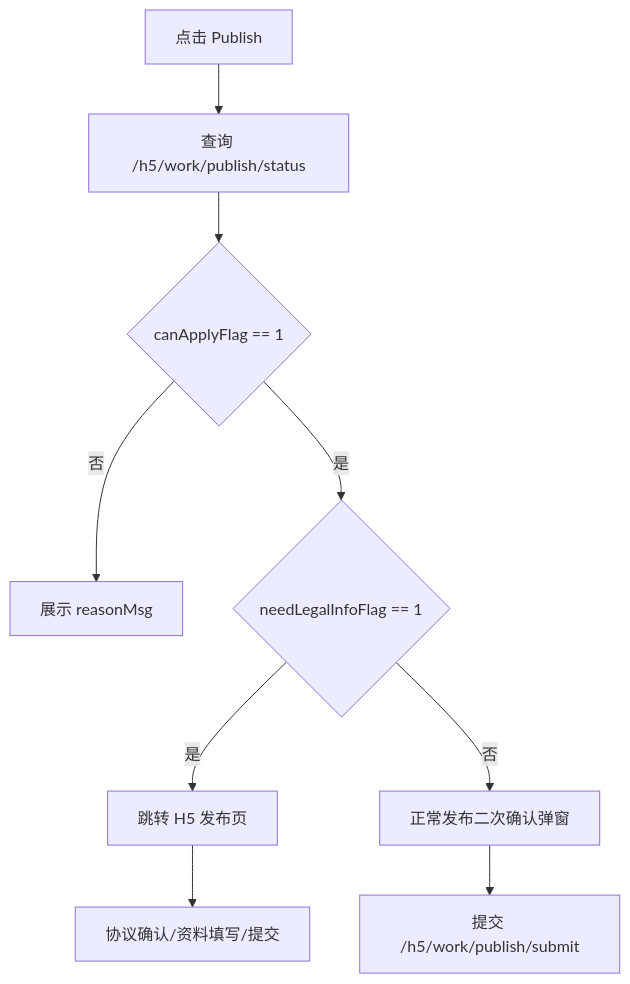
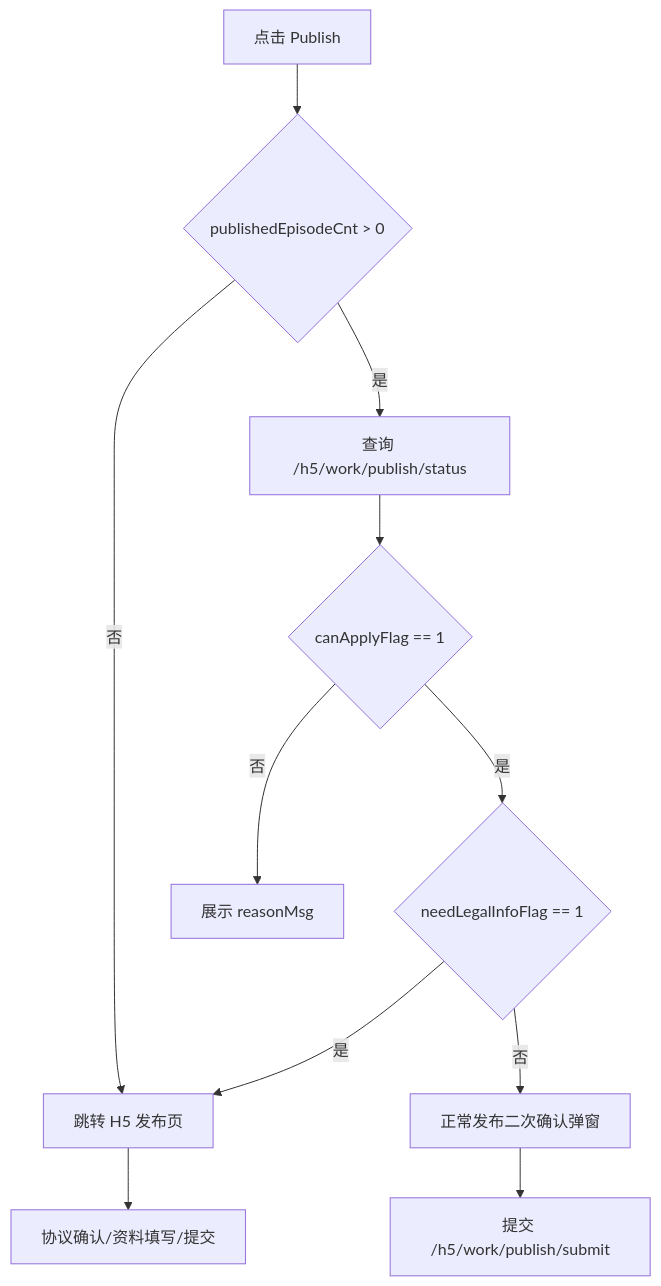
One commit to wangshaowen1/Android_epnova changed the diagram in design/project/work-publish-logic.md. Above: the diagram before and after it, drawn with Mermaid. The commit also changed other lines of this file and 4 other files, not shown here.

````diff
--- a/design/project/work-publish-logic.md
+++ b/design/project/work-publish-logic.md
@@ -82,11 +82,13 @@
 ```mermaid
 flowchart TD
-    A[点击 Publish] --> B[查询 /h5/work/publish/status]
-    B --> C{canApplyFlag == 1}
-    C -- 否 --> D[展示 reasonMsg]
-    C -- 是 --> E{needLegalInfoFlag == 1}
-    E -- 是 --> F[跳转 H5 发布页]
+    A[点击 Publish] --> B{publishedEpisodeCnt > 0}
+    B -- 否 --> F[跳转 H5 发布页]
+    B -- 是 --> C[查询 /h5/work/publish/status]
+    C --> D{canApplyFlag == 1}
+    D -- 否 --> E[展示 reasonMsg]
+    D -- 是 --> H{needLegalInfoFlag == 1}
+    H -- 是 --> F
     F --> G[协议确认/资料填写/提交]
-    E -- 否 --> H[正常发布二次确认弹窗]
-    H --> I[提交 /h5/work/publish/submit]
+    H -- 否 --> I[正常发布二次确认弹窗]
+    I --> J[提交 /h5/work/publish/submit]
 ```
````
